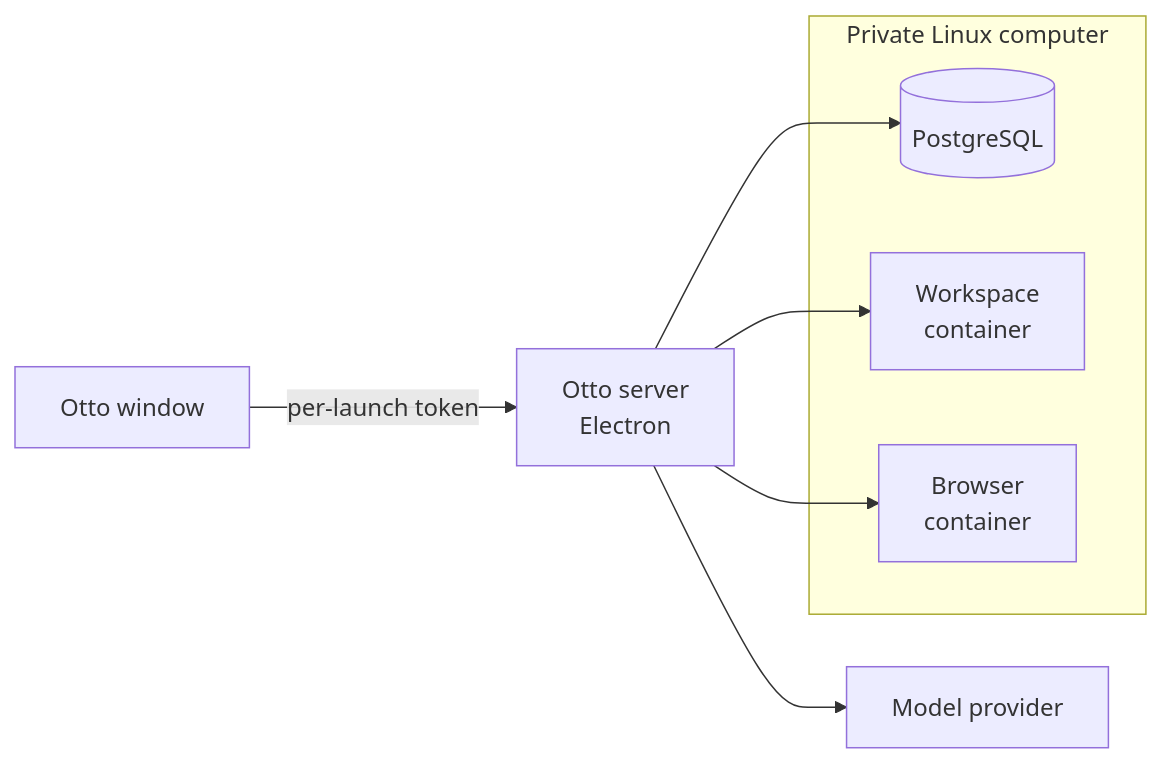
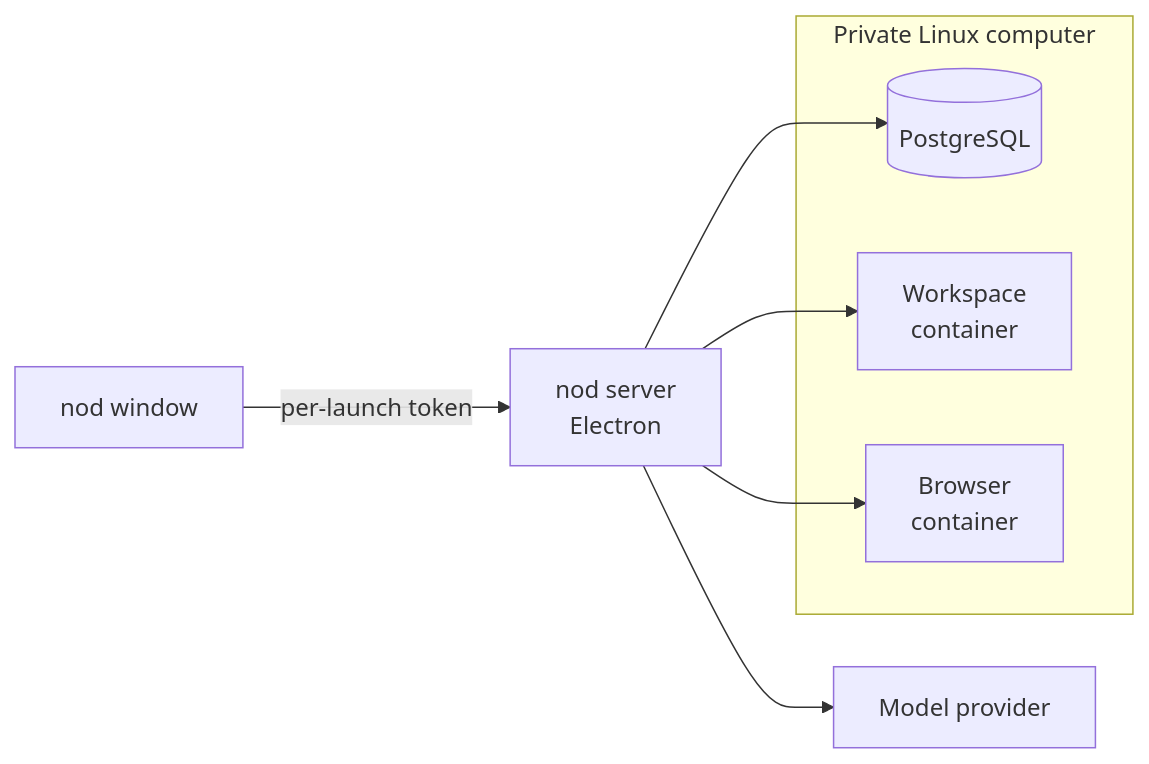
The first of 2 diagrams in docs/src/content/docs/deploy/desktop-app.mdx (KrishBhimani/nod), drawn with Mermaid before and after one commit. The commit also changed other lines of this file and 380 other files, not shown here.

Commit message:
feat!: rename Otto to nod (#398)

````diff
--- a/docs/src/content/docs/deploy/desktop-app.mdx
+++ b/docs/src/content/docs/deploy/desktop-app.mdx
@@ -16,13 +16,13 @@
 ```mermaid
 flowchart LR
-  window[Otto window]:::accent -- per-launch token --> server[Otto server<br/>Electron]
+  window[nod window]:::accent -- per-launch token --> server[nod server<br/>Electron]
   server --> provider[Model provider]:::muted
   subgraph computer [Private Linux computer]
     db[(PostgreSQL)]
     workspace[Workspace<br/>container]
     browser[Browser<br/>container]
   end
   server --> db
   server --> workspace
   server --> browser
 ```
````
